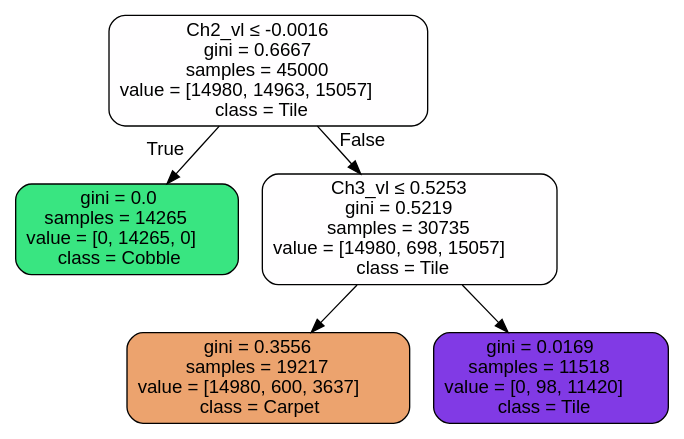
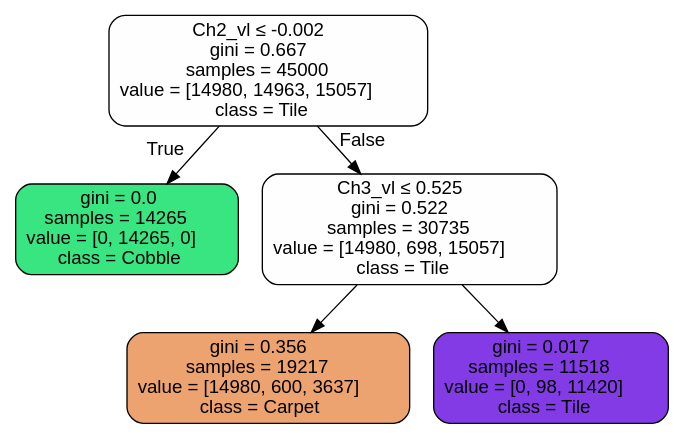
One commit to MoreCoffee12/AccelPlot changed the diagram in PythonScripts/Stage1.dot. Above: the diagram before and after it, drawn with Graphviz. The commit also changed 21 other files, not shown here.

```diff
--- a/PythonScripts/Stage1.dot
+++ b/PythonScripts/Stage1.dot
@@ -1,13 +1,13 @@
 digraph Tree {
-node [shape=box, style="filled, rounded", color="black", fontname=helvetica] ;
-edge [fontname=helvetica] ;
-0 [label=<Ch2_vl &le; -0.0016<br/>gini = 0.6667<br/>samples = 45000<br/>value = [14980, 14963, 15057]<br/>class = Tile>, fillcolor="#8139e501"] ;
-1 [label=<gini = 0.0<br/>samples = 14265<br/>value = [0, 14265, 0]<br/>class = Cobble>, fillcolor="#39e581ff"] ;
+node [shape=box, style="filled, rounded", color="black", fontname="helvetica"] ;
+edge [fontname="helvetica"] ;
+0 [label=<Ch2_vl &le; -0.002<br/>gini = 0.667<br/>samples = 45000<br/>value = [14980, 14963, 15057]<br/>class = Tile>, fillcolor="#fffeff"] ;
+1 [label=<gini = 0.0<br/>samples = 14265<br/>value = [0, 14265, 0]<br/>class = Cobble>, fillcolor="#39e581"] ;
 0 -> 1 [labeldistance=2.5, labelangle=45, headlabel="True"] ;
-2 [label=<Ch3_vl &le; 0.5253<br/>gini = 0.5219<br/>samples = 30735<br/>value = [14980, 698, 15057]<br/>class = Tile>, fillcolor="#8139e501"] ;
+2 [label=<Ch3_vl &le; 0.525<br/>gini = 0.522<br/>samples = 30735<br/>value = [14980, 698, 15057]<br/>class = Tile>, fillcolor="#fefeff"] ;
 0 -> 2 [labeldistance=2.5, labelangle=-45, headlabel="False"] ;
-3 [label=<gini = 0.3556<br/>samples = 19217<br/>value = [14980, 600, 3637]<br/>class = Carpet>, fillcolor="#e58139ba"] ;
+3 [label=<gini = 0.356<br/>samples = 19217<br/>value = [14980, 600, 3637]<br/>class = Carpet>, fillcolor="#eca36f"] ;
 2 -> 3 ;
-4 [label=<gini = 0.0169<br/>samples = 11518<br/>value = [0, 98, 11420]<br/>class = Tile>, fillcolor="#8139e5fd"] ;
+4 [label=<gini = 0.017<br/>samples = 11518<br/>value = [0, 98, 11420]<br/>class = Tile>, fillcolor="#823be5"] ;
 2 -> 4 ;
 }
```
